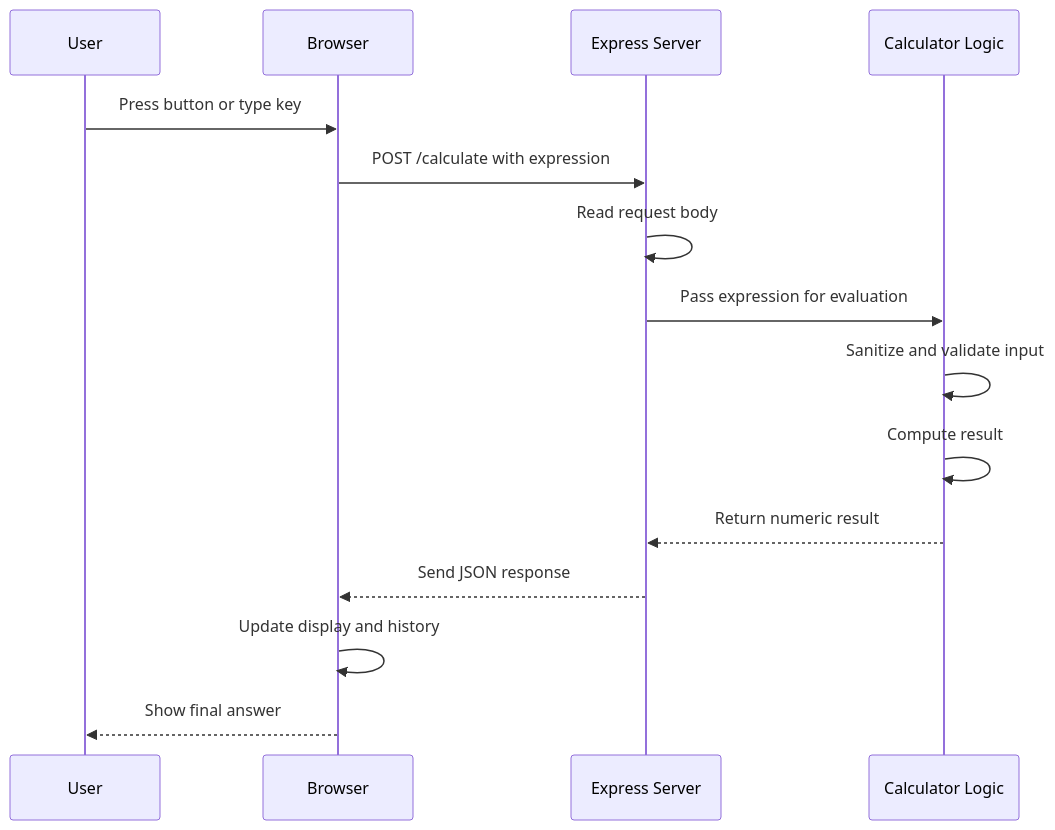
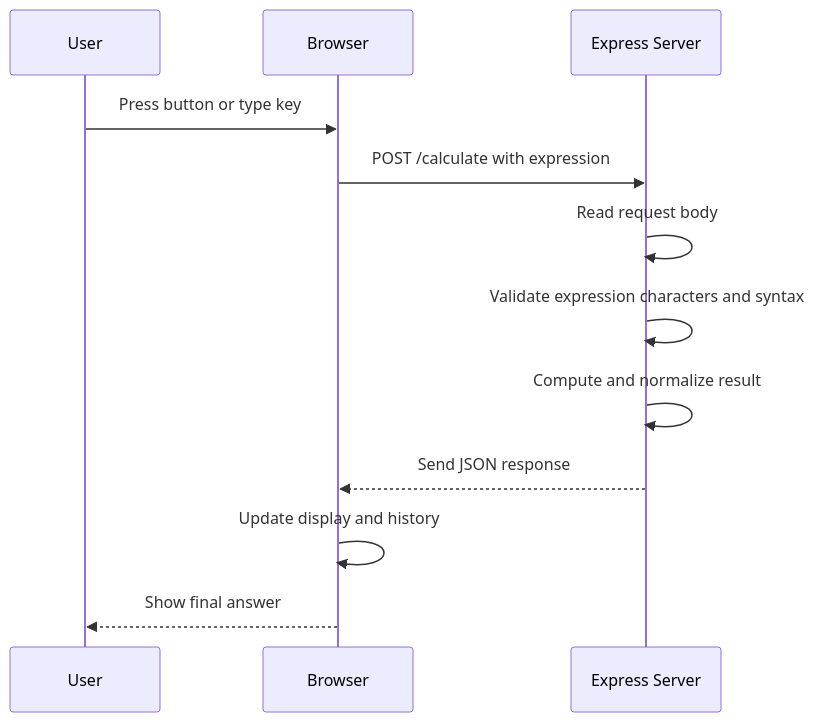
Before and after one commit to byumerrill/is404-cougarcalc: the third of 3 diagrams in docs/README.md, drawn with Mermaid. The commit also changed other lines of this file and 10 other files, not shown here.

````diff
--- a/docs/README.md
+++ b/docs/README.md
@@ -79,18 +77,15 @@
 ```mermaid
 sequenceDiagram
     participant U as User
     participant B as Browser
     participant E as Express Server
-    participant L as Calculator Logic
 
     U->>B: Press button or type key
     B->>E: POST /calculate with expression
     E->>E: Read request body
-    E->>L: Pass expression for evaluation
-    L->>L: Sanitize and validate input
-    L->>L: Compute result
-    L-->>E: Return numeric result
+    E->>E: Validate expression characters and syntax
+    E->>E: Compute and normalize result
     E-->>B: Send JSON response
     B->>B: Update display and history
     B-->>U: Show final answer
 ```
````
